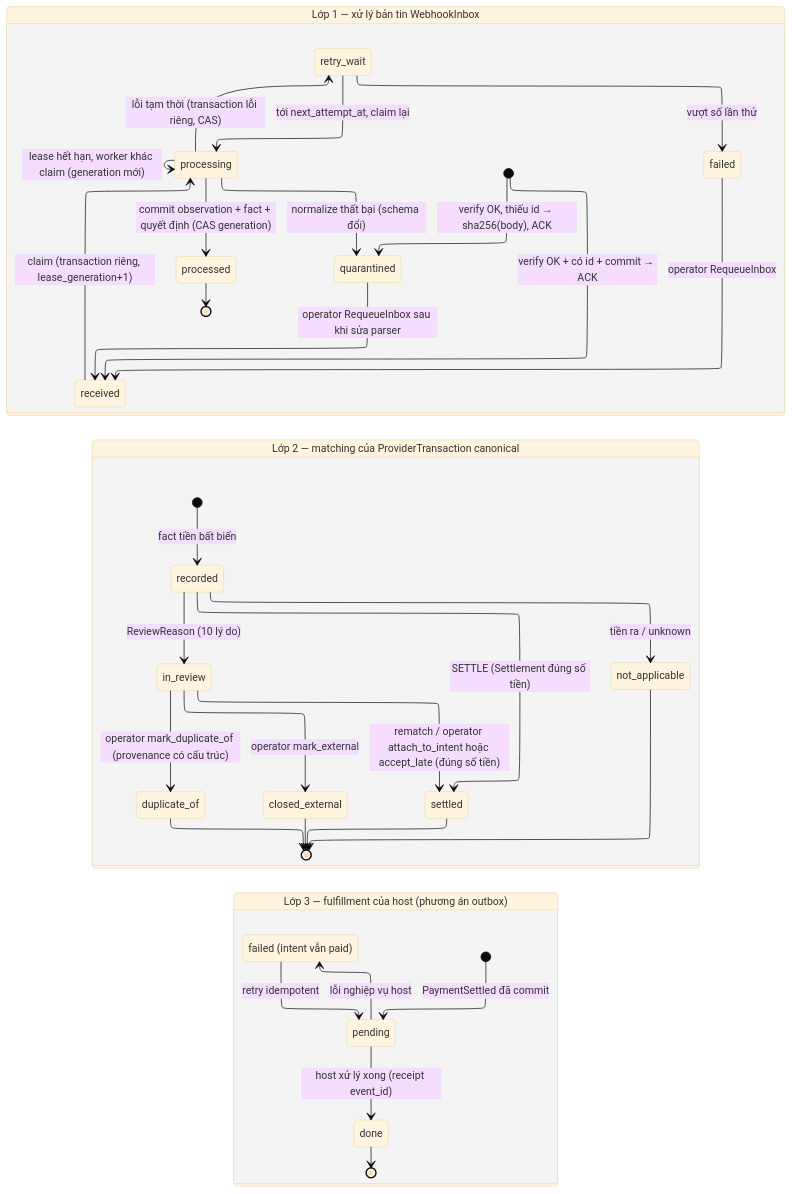
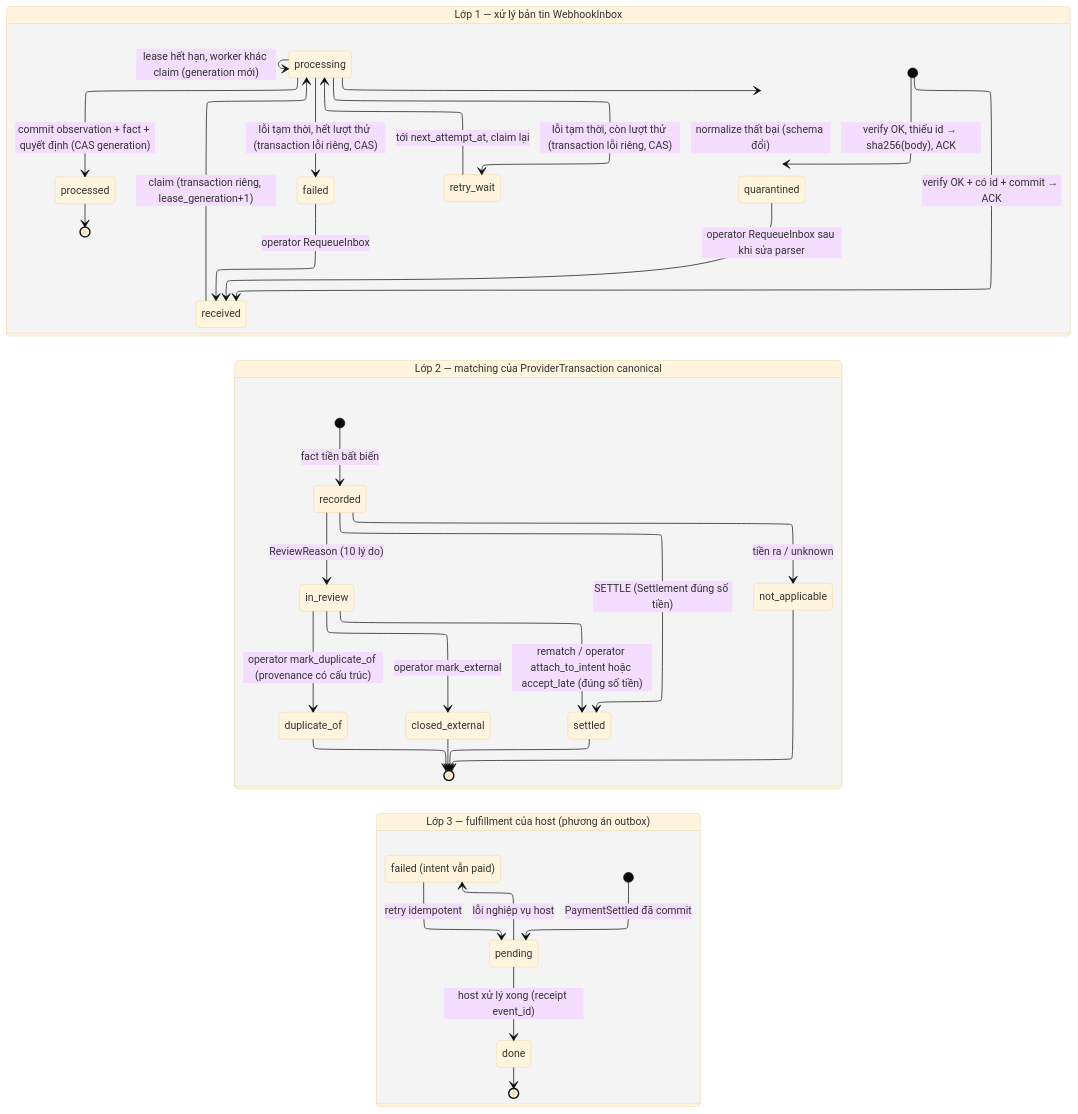
Before and after one commit to phanhaitrieu37/payment-modules: the diagram in diagrams/10-state-inbox-transaction.md, drawn with Mermaid. The commit also changed 14 other files, not shown here.

Commit message:
docs: tighten ownership and scope constraints before schema freeze

````diff
--- a/diagrams/10-state-inbox-transaction.md
+++ b/diagrams/10-state-inbox-transaction.md
@@ -16,48 +16,48 @@
 ```mermaid
 ---
 config:
   theme: base
   layout: elk
   fontFamily: Arial, Helvetica, sans-serif
   themeVariables:
     fontFamily: "Arial, Helvetica, sans-serif"
     fontSize: 15px
 ---
 stateDiagram-v2
   direction LR
   state "Lớp 1 — xử lý bản tin WebhookInbox" as INBOX {
     [*] --> received: verify OK + có id + commit → ACK
     [*] --> quarantined: verify OK, thiếu id → sha256(body), ACK
     received --> processing: claim (transaction riêng, lease_generation+1)
     processing --> processed: commit observation + fact + quyết định (CAS generation)
-    processing --> retry_wait: lỗi tạm thời (transaction lỗi riêng, CAS)
+    processing --> retry_wait: lỗi tạm thời, còn lượt thử (transaction lỗi riêng, CAS)
+    processing --> failed: lỗi tạm thời, hết lượt thử (transaction lỗi riêng, CAS)
     processing --> quarantined: normalize thất bại (schema đổi)
     retry_wait --> processing: tới next_attempt_at, claim lại
     processing --> processing: lease hết hạn, worker khác claim (generation mới)
-    retry_wait --> failed: vượt số lần thử
     failed --> received: operator RequeueInbox
     quarantined --> received: operator RequeueInbox sau khi sửa parser
     processed --> [*]
   }
   state "Lớp 2 — matching của ProviderTransaction canonical" as MATCH {
     [*] --> recorded: fact tiền bất biến
     recorded --> not_applicable: tiền ra / unknown
     recorded --> settled: SETTLE (Settlement đúng số tiền)
     recorded --> in_review: ReviewReason (10 lý do)
     in_review --> settled: rematch / operator attach_to_intent hoặc accept_late (đúng số tiền)
     in_review --> closed_external: operator mark_external
     in_review --> duplicate_of: operator mark_duplicate_of (provenance có cấu trúc)
     settled --> [*]
     not_applicable --> [*]
     closed_external --> [*]
     duplicate_of --> [*]
   }
   state "Lớp 3 — fulfillment của host (phương án outbox)" as FUL {
     [*] --> pending: PaymentSettled đã commit
     pending --> done: host xử lý xong (receipt event_id)
     state "failed (intent vẫn paid)" as ffailed
     pending --> ffailed: lỗi nghiệp vụ host
     ffailed --> pending: retry idempotent
     done --> [*]
   }
 ```
````
